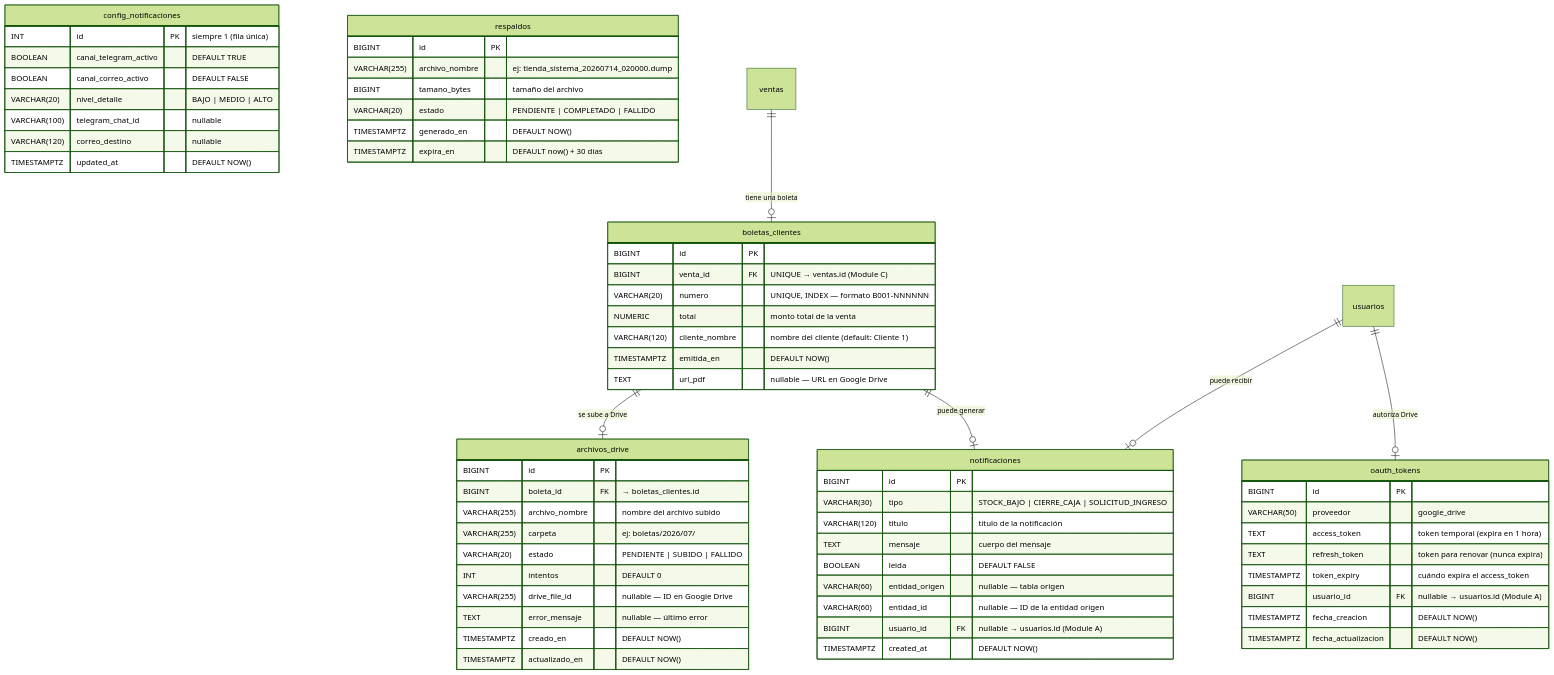
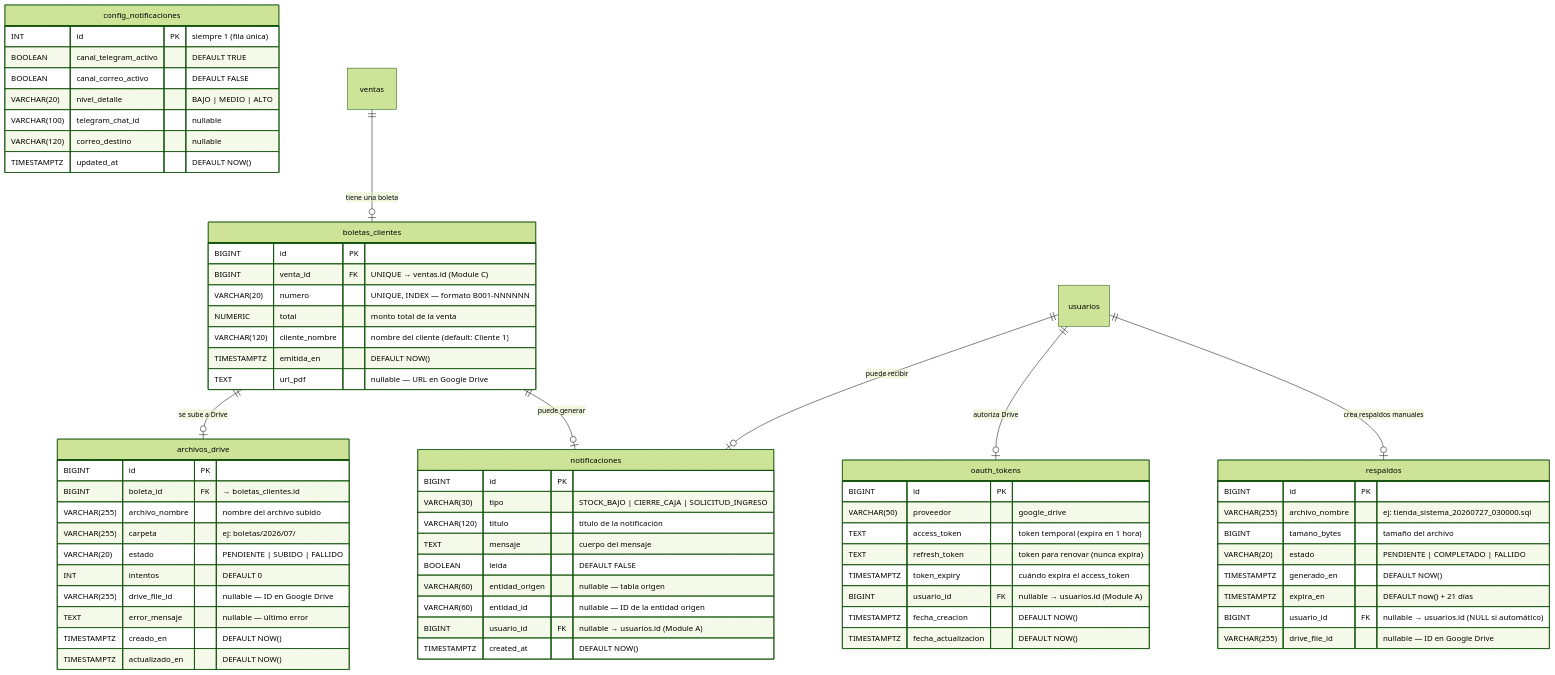
The diagram in docs/CAMBIOS-FABRIZIO/MODULO_D_ER.md (Kodiak-Technologies/Project-K.I.O.S.K.O), drawn with Mermaid (forest theme) before and after one commit. The commit also changed other lines of this file and 1 other file, not shown here.

Commit message:
modulo-d: actualizar documentacion de respaldos (asyncpg, Drive, usuario_id, retencion 21 dias)

````diff
--- a/docs/CAMBIOS-FABRIZIO/MODULO_D_ER.md
+++ b/docs/CAMBIOS-FABRIZIO/MODULO_D_ER.md
@@ -11,76 +11,79 @@
 ```mermaid
 erDiagram
     boletas_clientes {
         BIGINT id PK
         BIGINT venta_id FK "UNIQUE → ventas.id (Module C)"
         VARCHAR(20) numero "UNIQUE, INDEX — formato B001-NNNNNN"
         NUMERIC total "monto total de la venta"
         VARCHAR(120) cliente_nombre "nombre del cliente (default: Cliente 1)"
         TIMESTAMPTZ emitida_en "DEFAULT NOW()"
         TEXT url_pdf "nullable — URL en Google Drive"
     }
 
     archivos_drive {
         BIGINT id PK
         BIGINT boleta_id FK "→ boletas_clientes.id"
         VARCHAR(255) archivo_nombre "nombre del archivo subido"
         VARCHAR(255) carpeta "ej: boletas/2026/07/"
         VARCHAR(20) estado "PENDIENTE | SUBIDO | FALLIDO"
         INT intentos "DEFAULT 0"
         VARCHAR(255) drive_file_id "nullable — ID en Google Drive"
         TEXT error_mensaje "nullable — último error"
         TIMESTAMPTZ creado_en "DEFAULT NOW()"
         TIMESTAMPTZ actualizado_en "DEFAULT NOW()"
     }
 
     notificaciones {
         BIGINT id PK
         VARCHAR(30) tipo "STOCK_BAJO | CIERRE_CAJA | SOLICITUD_INGRESO"
         VARCHAR(120) titulo "título de la notificación"
         TEXT mensaje "cuerpo del mensaje"
         BOOLEAN leida "DEFAULT FALSE"
         VARCHAR(60) entidad_origen "nullable — tabla origen"
         VARCHAR(60) entidad_id "nullable — ID de la entidad origen"
         BIGINT usuario_id FK "nullable → usuarios.id (Module A)"
         TIMESTAMPTZ created_at "DEFAULT NOW()"
     }
 
     config_notificaciones {
         INT id PK "siempre 1 (fila única)"
         BOOLEAN canal_telegram_activo "DEFAULT TRUE"
         BOOLEAN canal_correo_activo "DEFAULT FALSE"
         VARCHAR(20) nivel_detalle "BAJO | MEDIO | ALTO"
         VARCHAR(100) telegram_chat_id "nullable"
         VARCHAR(120) correo_destino "nullable"
         TIMESTAMPTZ updated_at "DEFAULT NOW()"
     }
 
     respaldos {
         BIGINT id PK
-        VARCHAR(255) archivo_nombre "ej: tienda_sistema_20260714_020000.dump"
+        VARCHAR(255) archivo_nombre "ej: tienda_sistema_20260727_030000.sql"
         BIGINT tamano_bytes "tamaño del archivo"
         VARCHAR(20) estado "PENDIENTE | COMPLETADO | FALLIDO"
         TIMESTAMPTZ generado_en "DEFAULT NOW()"
-        TIMESTAMPTZ expira_en "DEFAULT now() + 30 días"
+        TIMESTAMPTZ expira_en "DEFAULT now() + 21 días"
+        BIGINT usuario_id FK "nullable → usuarios.id (NULL si automático)"
+        VARCHAR(255) drive_file_id "nullable — ID en Google Drive"
     }
 
     oauth_tokens {
         BIGINT id PK
         VARCHAR(50) proveedor "google_drive"
         TEXT access_token "token temporal (expira en 1 hora)"
         TEXT refresh_token "token para renovar (nunca expira)"
         TIMESTAMPTZ token_expiry "cuándo expira el access_token"
         BIGINT usuario_id FK "nullable → usuarios.id (Module A)"
         TIMESTAMPTZ fecha_creacion "DEFAULT NOW()"
         TIMESTAMPTZ fecha_actualizacion "DEFAULT NOW()"
     }
 
     %% Relaciones externas (fuera de Module D)
     ventas ||--o| boletas_clientes : "tiene una boleta"
     usuarios ||--o| notificaciones : "puede recibir"
     usuarios ||--o| oauth_tokens : "autoriza Drive"
+    usuarios ||--o| respaldos : "crea respaldos manuales"
 
     %% Relaciones internas de Module D
     boletas_clientes ||--o| archivos_drive : "se sube a Drive"
     boletas_clientes ||--o| notificaciones : "puede generar"
 ```
````
